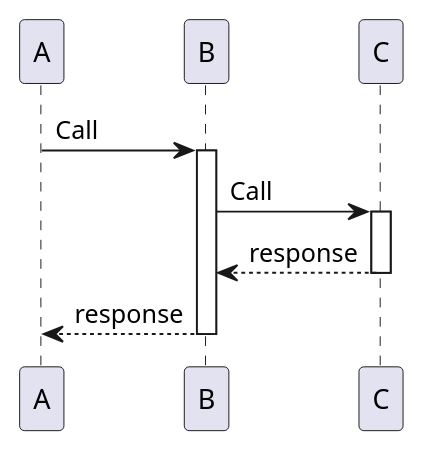
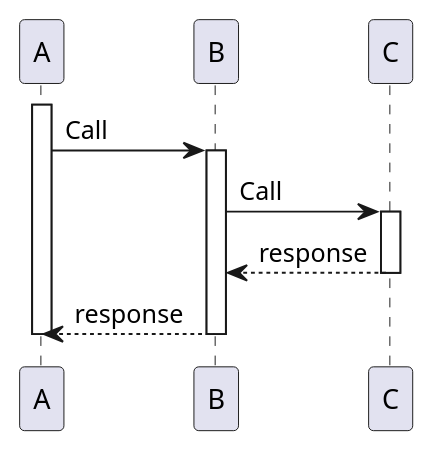
The diagram in diagrams/test2.puml (sivelli/plantuml), drawn with PlantUML before and after one commit.

Commit message:
action #3 - 2

```diff
--- a/diagrams/test2.puml
+++ b/diagrams/test2.puml
@@ -1,8 +1,9 @@
 @startuml System detailed
-
+activate A
 A -> B++: Call
 B -> C++: Call
 return response
 return response
+deactivate A
 
 @enduml
```
